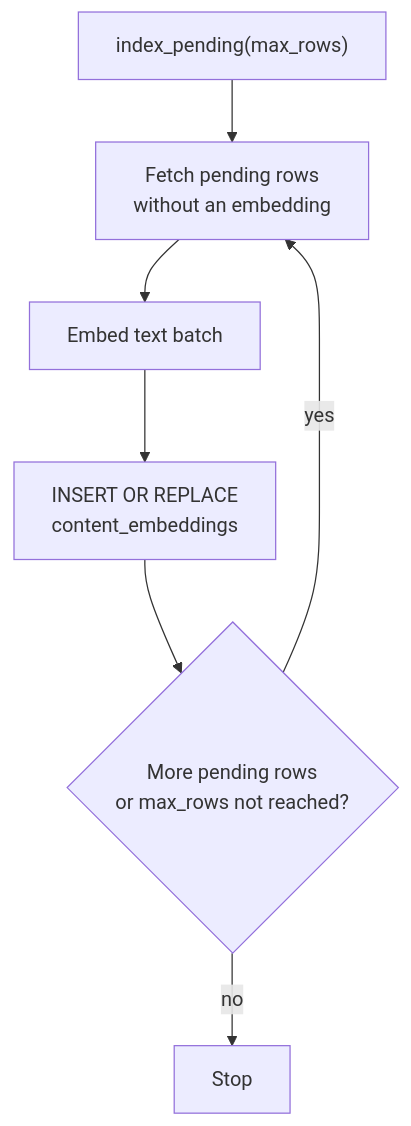
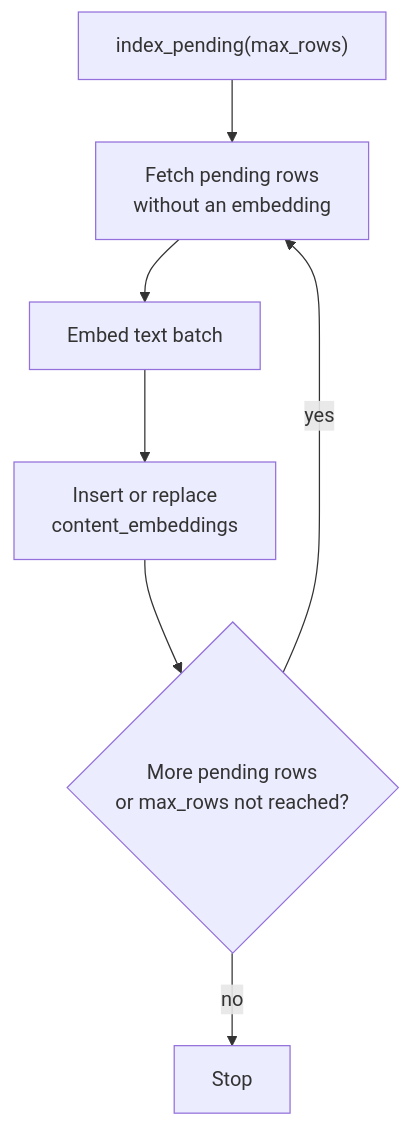
Before and after one commit to zhaohb/deskmate: the second of 3 diagrams in docs/06-search.md, drawn with Mermaid. The commit also changed other lines of this file and 2 other files, not shown here.

````diff
--- a/docs/06-search.md
+++ b/docs/06-search.md
@@ -102,9 +90,9 @@
 ```mermaid
 flowchart TB
-  START["index_pending(max_rows)"] --> FETCH["Fetch pending rows\nwithout an embedding"]
-  FETCH --> EMBED["Embed text batch"]
-  EMBED --> STORE["INSERT OR REPLACE\ncontent_embeddings"]
-  STORE --> MORE{"More pending rows\nor max_rows not reached?"}
+   START["index_pending(max_rows)"] --> FETCH["Fetch pending rows<br/>without an embedding"]
+   FETCH --> EMBED["Embed text batch"]
+   EMBED --> STORE["Insert or replace<br/>content_embeddings"]
+   STORE --> MORE{"More pending rows<br/>or max_rows not reached?"}
   MORE -- yes --> FETCH
   MORE -- no --> DONE["Stop"]
 ```
````
